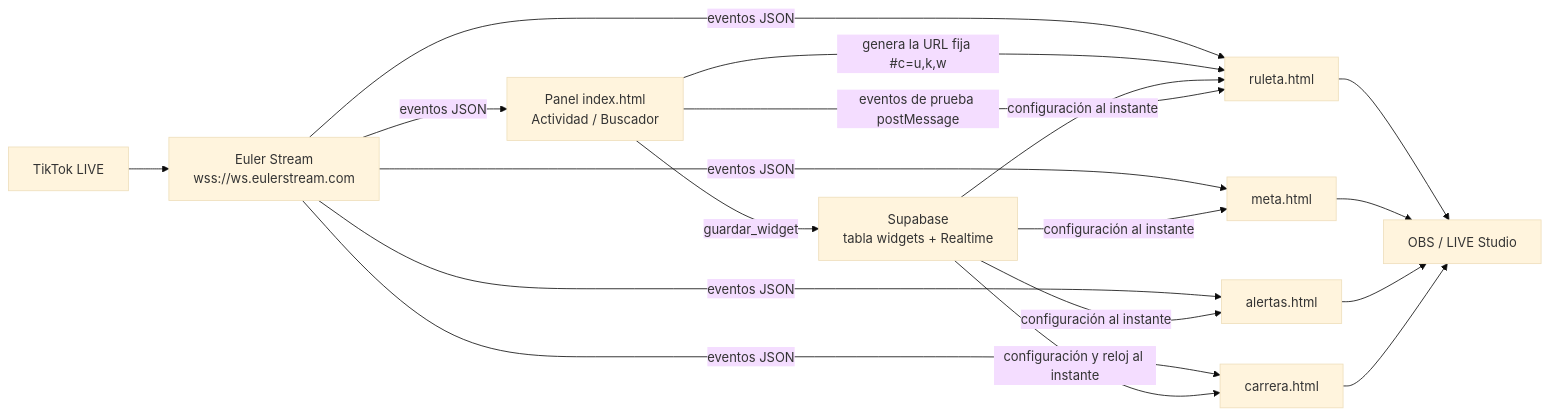
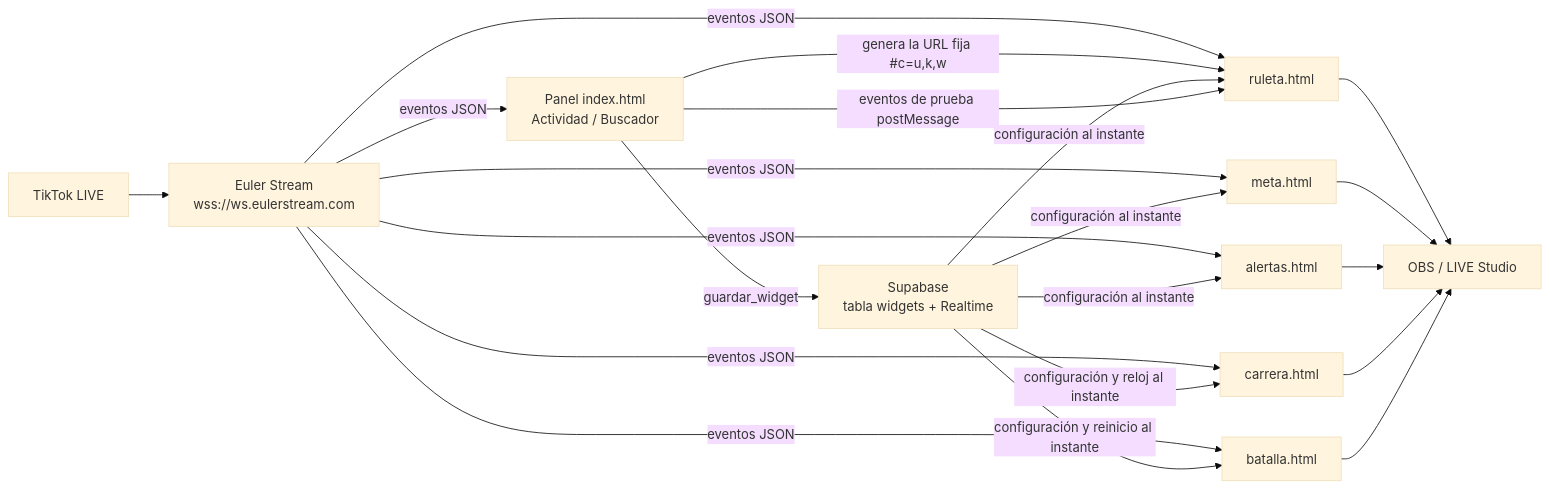
Before and after one commit to ardiladev/live-tools: the first of 2 diagrams in README.md, drawn with Mermaid (base theme). The commit also changed other lines of this file and 6 other files, not shown here.

````diff
--- a/README.md
+++ b/README.md
@@ -115,20 +116,23 @@
 ```mermaid
 flowchart LR
   TT[TikTok LIVE] --> EU[Euler Stream<br/>wss://ws.eulerstream.com]
   EU -->|eventos JSON| W1[ruleta.html]
   EU -->|eventos JSON| W2[meta.html]
   EU -->|eventos JSON| W3[alertas.html]
   EU -->|eventos JSON| W4[carrera.html]
+  EU -->|eventos JSON| W5[batalla.html]
   EU -->|eventos JSON| P[Panel index.html<br/>Actividad / Buscador]
   P -->|genera la URL fija #c=u,k,w| W1
   P -->|guardar_widget| SB[Supabase<br/>tabla widgets + Realtime]
   SB -->|configuración al instante| W1
   SB -->|configuración al instante| W2
   SB -->|configuración al instante| W3
   SB -->|configuración y reloj al instante| W4
+  SB -->|configuración y reinicio al instante| W5
   P -->|eventos de prueba postMessage| W1
   W1 --> OBS[OBS / LIVE Studio]
   W2 --> OBS
   W3 --> OBS
   W4 --> OBS
+  W5 --> OBS
 ```
````
